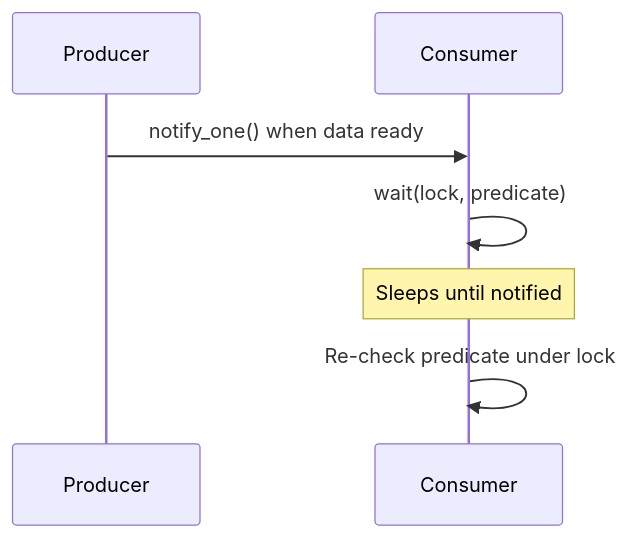
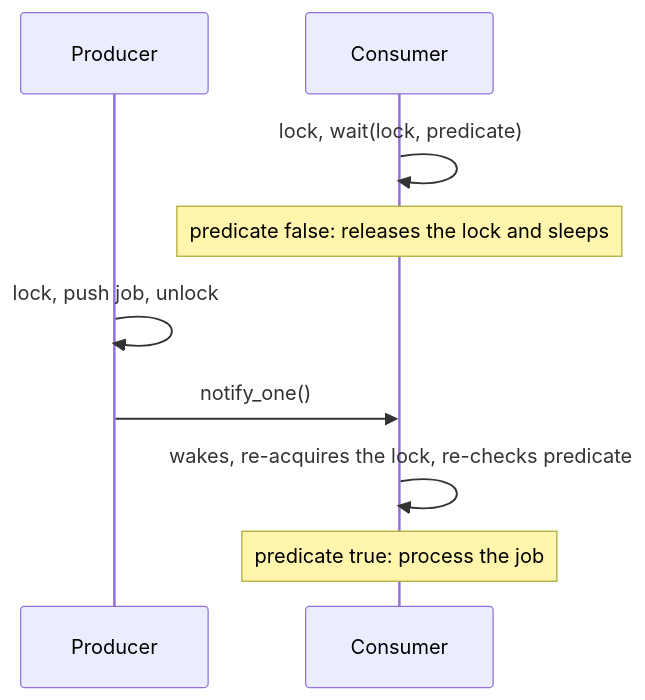
The third of 4 diagrams in _posts/2024-06-19-modern-intro-cpp-multithreading.md (e-choness/portfolio-site), drawn with Mermaid before and after one commit. The commit also changed other lines of this file and 72 other files, not shown here.

````diff
--- a/_posts/2024-06-19-modern-intro-cpp-multithreading.md
+++ b/_posts/2024-06-19-modern-intro-cpp-multithreading.md
@@ -143,10 +203,12 @@
 ```mermaid
 sequenceDiagram
     participant Producer
     participant Consumer
 
-    Producer->>Consumer: notify_one() when data ready
-    Consumer->>Consumer: wait(lock, predicate)
-    Note over Consumer: Sleeps until notified
-    Consumer->>Consumer: Re-check predicate under lock
+    Consumer->>Consumer: lock, wait(lock, predicate)
+    Note over Consumer: predicate false: releases the lock and sleeps
+    Producer->>Producer: lock, push job, unlock
+    Producer->>Consumer: notify_one()
+    Consumer->>Consumer: wakes, re-acquires the lock, re-checks predicate
+    Note over Consumer: predicate true: process the job
 ```
````
